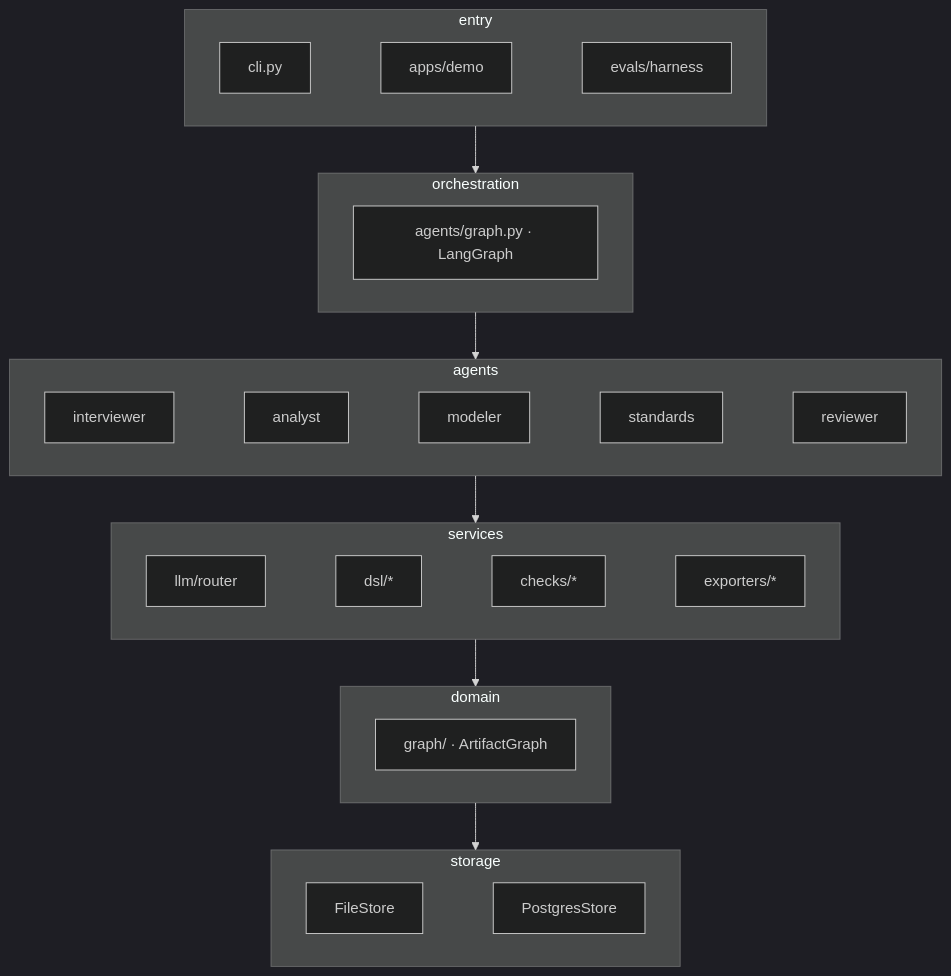
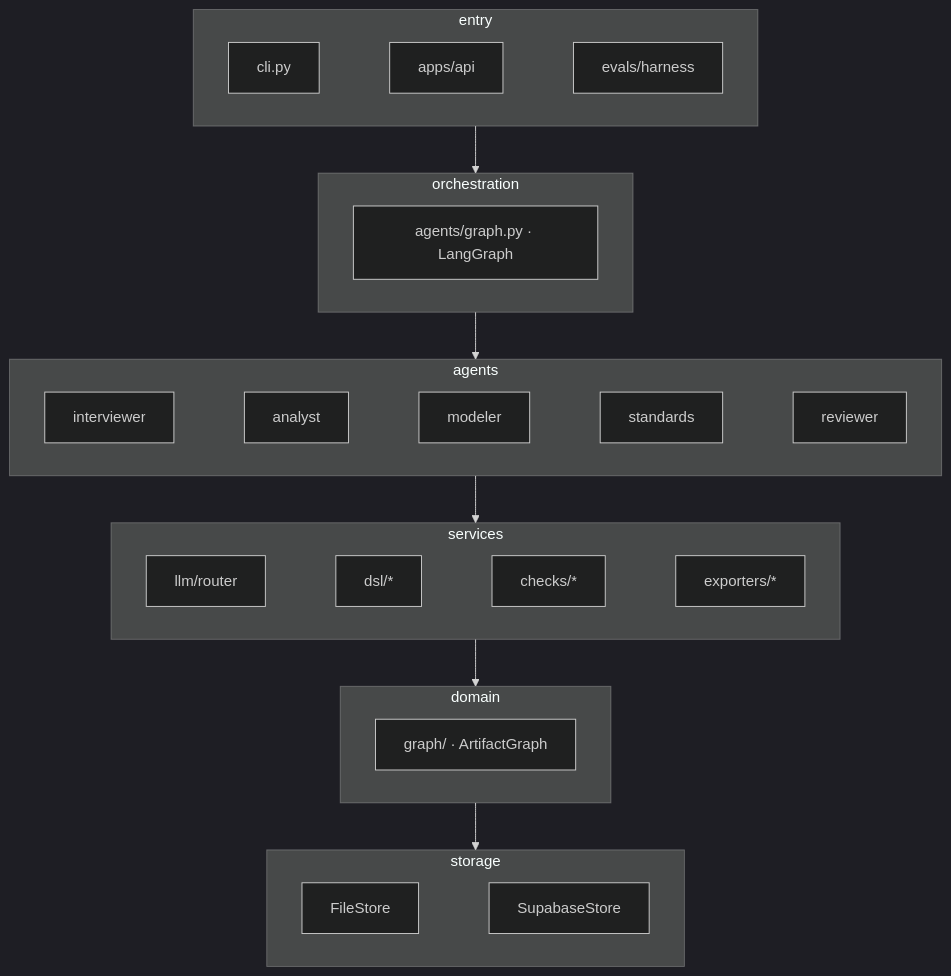
One commit to Axx-Axvd/reqgraph changed the second of 2 diagrams in docs/tech-design/02_arch.md. Above: the diagram before and after it, drawn with Mermaid (dark theme). The commit also changed other lines of this file and 33 other files, not shown here.

````diff
--- a/docs/tech-design/02_arch.md
+++ b/docs/tech-design/02_arch.md
@@ -27,22 +27,22 @@
 ```mermaid
 flowchart TB
   subgraph entry
-    cli[cli.py] ~~~ demo[apps/demo] ~~~ ev[evals/harness]
+    cli[cli.py] ~~~ api[apps/api] ~~~ ev[evals/harness]
   end
   subgraph orchestration
     lg[agents/graph.py · LangGraph]
   end
   subgraph agents
     i[interviewer] ~~~ a[analyst] ~~~ m[modeler] ~~~ s[standards] ~~~ r[reviewer]
   end
   subgraph services
     llm[llm/router] ~~~ dsl[dsl/*] ~~~ chk[checks/*] ~~~ exp[exporters/*]
   end
   subgraph domain
     g[graph/ · ArtifactGraph]
   end
   subgraph storage
-    fs[FileStore] ~~~ ss[PostgresStore]
+    fs[FileStore] ~~~ ss[SupabaseStore]
   end
   entry --> orchestration --> agents --> services --> domain --> storage
 ```
````
